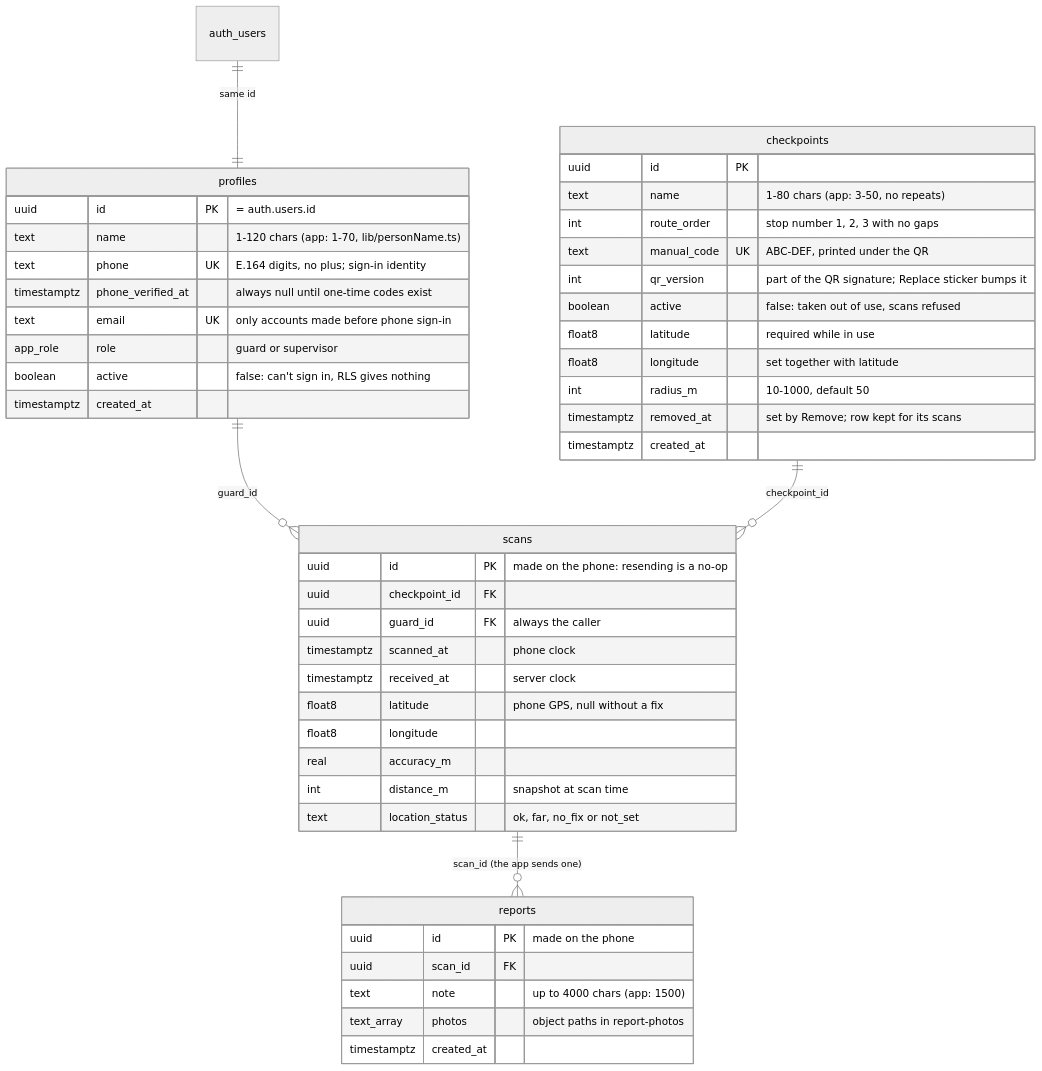
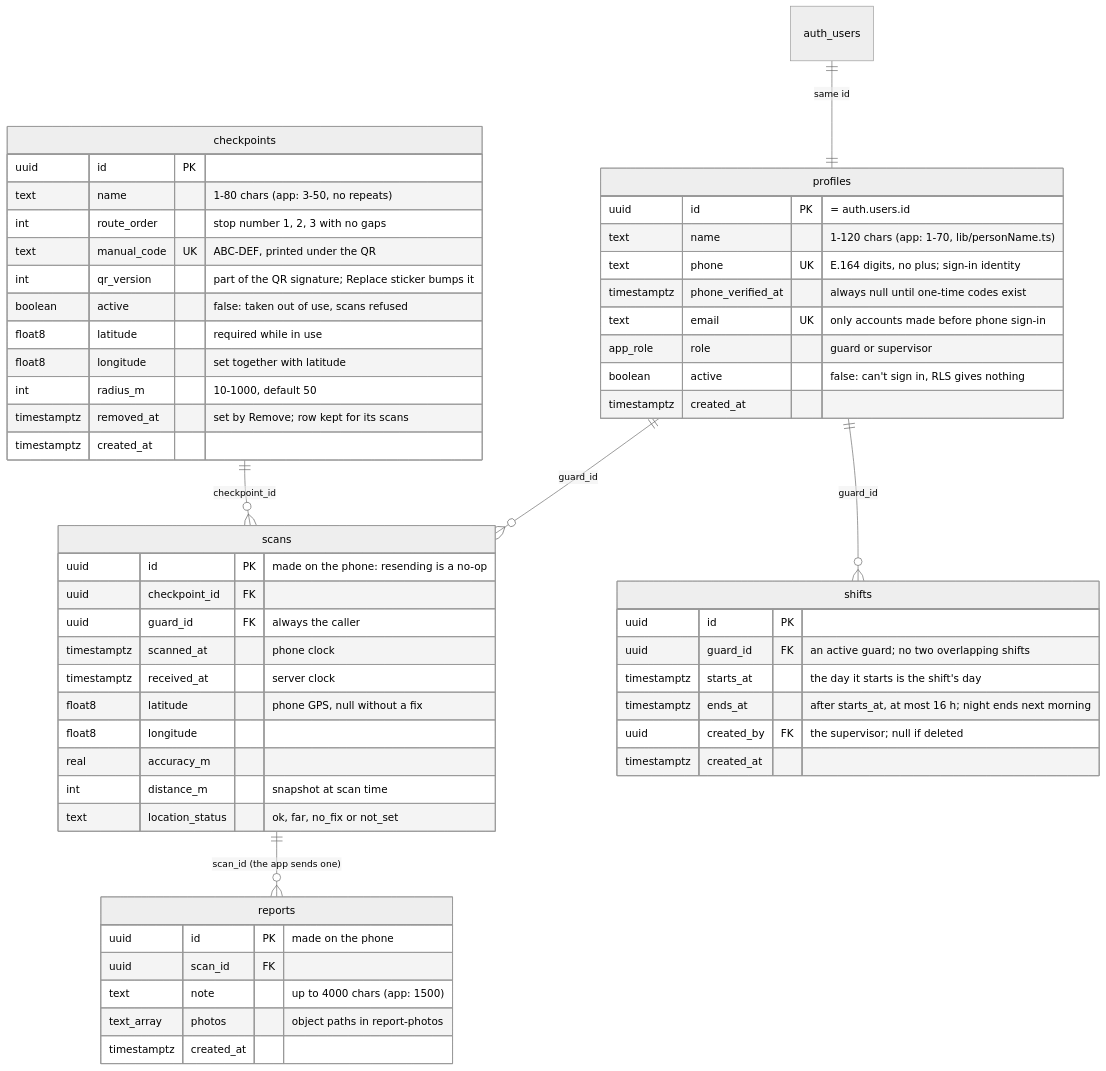
Before and after one commit to PT-KelapaAsiaAbadi/patrol-logger: the third of 4 diagrams in ARCHITECTURE.md, drawn with Mermaid (neutral theme). The commit also changed other lines of this file and 2 other files, not shown here.

First line of the commit message:
Docs: manual scheduling in the status, TODOs and architecture

````diff
--- a/ARCHITECTURE.md
+++ b/ARCHITECTURE.md
@@ -153,50 +153,59 @@
 ```mermaid
 erDiagram
   auth_users ||--|| profiles : "same id"
   profiles ||--o{ scans : "guard_id"
   checkpoints ||--o{ scans : "checkpoint_id"
   scans ||--o{ reports : "scan_id (the app sends one)"
+  profiles ||--o{ shifts : "guard_id"
 
   profiles {
     uuid id PK "= auth.users.id"
     text name "1-120 chars (app: 1-70, lib/personName.ts)"
     text phone UK "E.164 digits, no plus; sign-in identity"
     timestamptz phone_verified_at "always null until one-time codes exist"
     text email UK "only accounts made before phone sign-in"
     app_role role "guard or supervisor"
     boolean active "false: can't sign in, RLS gives nothing"
     timestamptz created_at
   }
   checkpoints {
     uuid id PK
     text name "1-80 chars (app: 3-50, no repeats)"
     int route_order "stop number 1, 2, 3 with no gaps"
     text manual_code UK "ABC-DEF, printed under the QR"
     int qr_version "part of the QR signature; Replace sticker bumps it"
     boolean active "false: taken out of use, scans refused"
     float8 latitude "required while in use"
     float8 longitude "set together with latitude"
     int radius_m "10-1000, default 50"
     timestamptz removed_at "set by Remove; row kept for its scans"
     timestamptz created_at
   }
   scans {
     uuid id PK "made on the phone: resending is a no-op"
     uuid checkpoint_id FK
     uuid guard_id FK "always the caller"
     timestamptz scanned_at "phone clock"
     timestamptz received_at "server clock"
     float8 latitude "phone GPS, null without a fix"
     float8 longitude
     real accuracy_m
     int distance_m "snapshot at scan time"
     text location_status "ok, far, no_fix or not_set"
   }
   reports {
     uuid id PK "made on the phone"
     uuid scan_id FK
     text note "up to 4000 chars (app: 1500)"
     text_array photos "object paths in report-photos"
     timestamptz created_at
   }
+  shifts {
+    uuid id PK
+    uuid guard_id FK "an active guard; no two overlapping shifts"
+    timestamptz starts_at "the day it starts is the shift's day"
+    timestamptz ends_at "after starts_at, at most 16 h; night ends next morning"
+    uuid created_by FK "the supervisor; null if deleted"
+    timestamptz created_at
+  }
 ```
````
